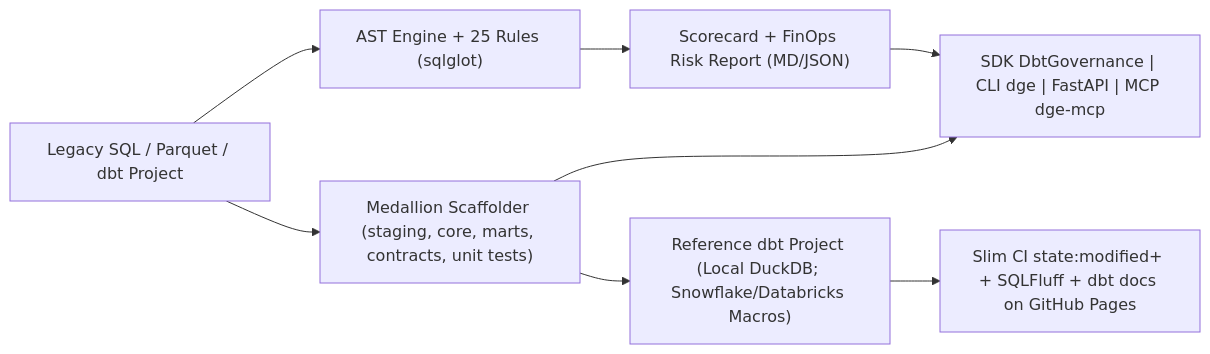
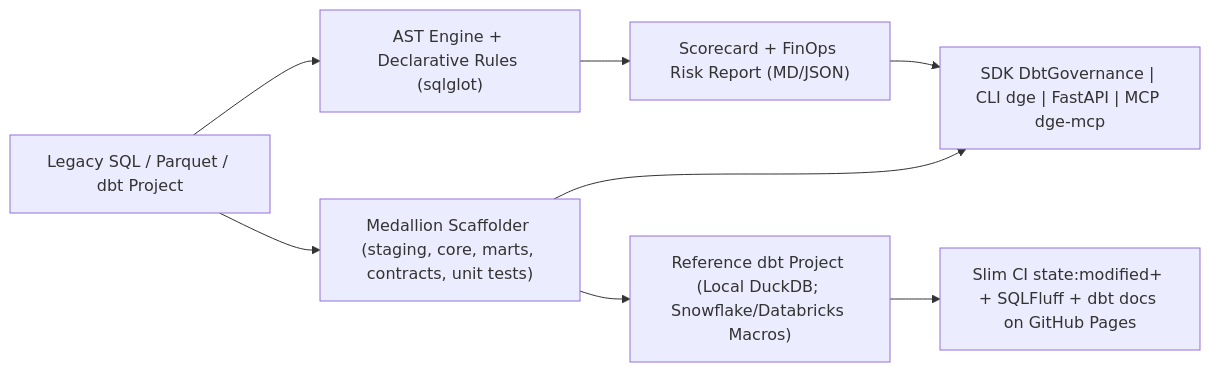
The diagram in README.md (jhsfhtls/dbt-dataops-governance-engine), drawn with Mermaid before and after one commit. The commit also changed other lines of this file, not shown here.

````diff
--- a/README.md
+++ b/README.md
@@ -9,10 +9,10 @@
 ```mermaid
 flowchart LR
-    IN["Legacy SQL / Parquet / dbt Project"] --> AST["AST Engine + 25 Rules (sqlglot)"]
+    IN["Legacy SQL / Parquet / dbt Project"] --> AST["AST Engine + Declarative Rules (sqlglot)"]
     AST --> REP["Scorecard + FinOps Risk Report (MD/JSON)"]
     IN --> SCAF["Medallion Scaffolder (staging, core, marts, contracts, unit tests)"]
     SCAF --> DBT["Reference dbt Project (Local DuckDB; Snowflake/Databricks Macros)"]
     DBT --> CI["Slim CI state:modified+ + SQLFluff + dbt docs on GitHub Pages"]
     REP --> IFACE["SDK DbtGovernance | CLI dge | FastAPI | MCP dge-mcp"]
     SCAF --> IFACE
 ```
````
